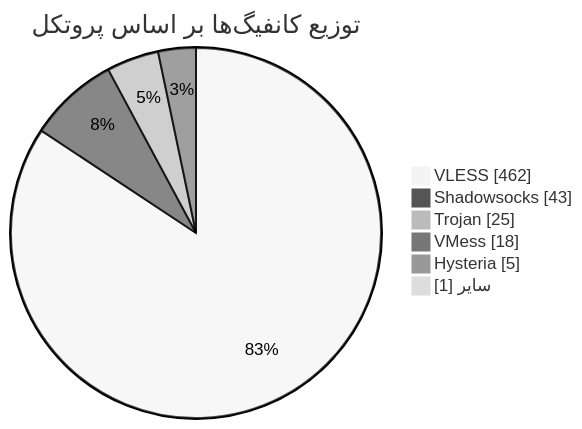
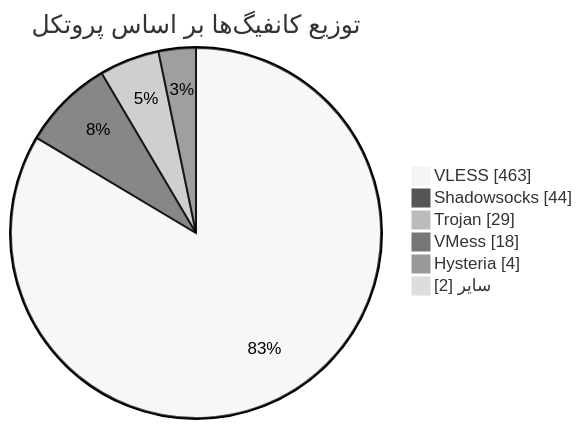
The diagram in README.md (Arian-Alijani/Somthing), drawn with Mermaid (neutral theme) before and after one commit. The commit also changed other lines of this file and 87 other files, not shown here.

````diff
--- a/README.md
+++ b/README.md
@@ -48,10 +48,10 @@
 ```mermaid
 pie showData
     title توزیع کانفیگ‌ها بر اساس پروتکل
-    "VLESS" : 462
-    "Shadowsocks" : 43
-    "Trojan" : 25
+    "VLESS" : 463
+    "Shadowsocks" : 44
+    "Trojan" : 29
     "VMess" : 18
-    "Hysteria" : 5
-    "سایر" : 1
+    "Hysteria" : 4
+    "سایر" : 2
 ```
````
